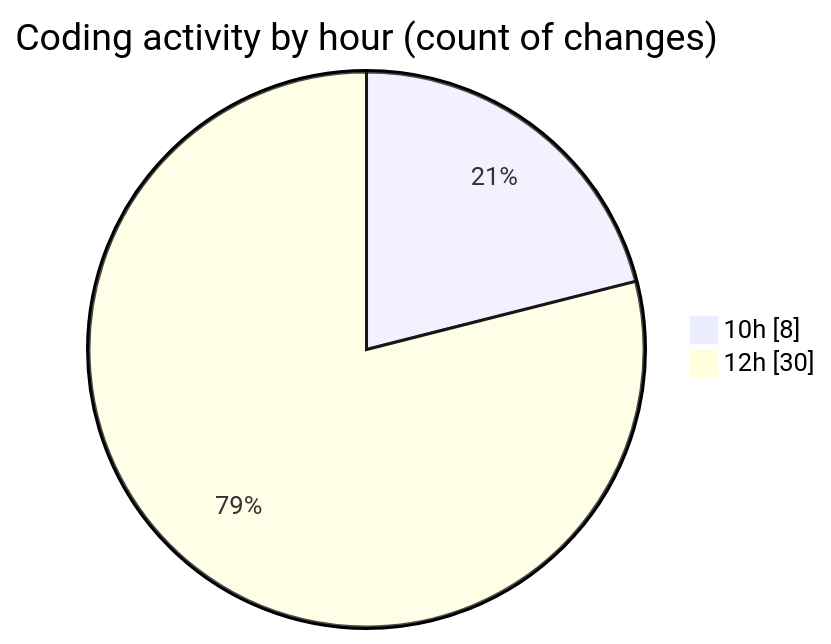
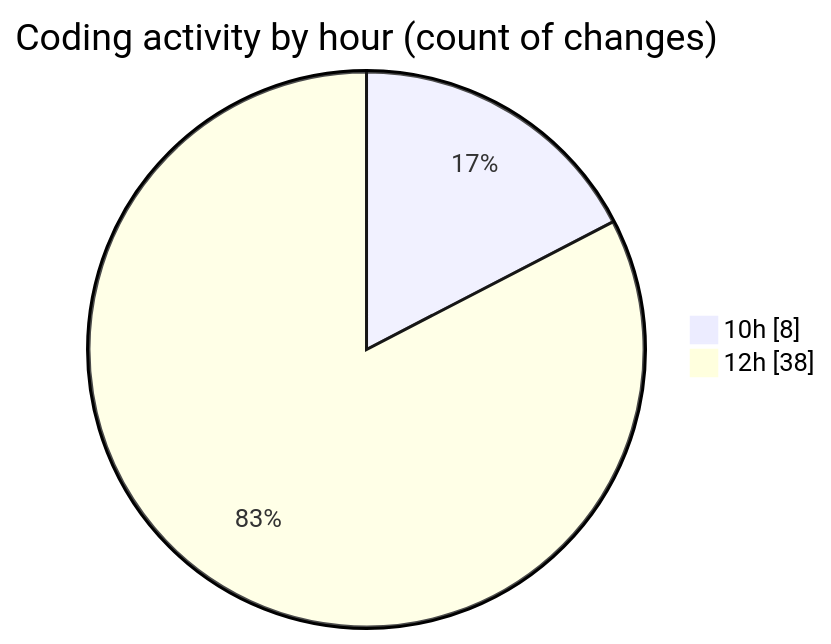
The second of 2 diagrams in 2025-05-02/cda/README.md (momahboobian/code-tracking), drawn with Mermaid before and after one commit. The commit also changed other lines of this file and 1 other file, not shown here.

````diff
--- a/2025-05-02/cda/README.md
+++ b/2025-05-02/cda/README.md
@@ -36,6 +36,6 @@
 ```mermaid
 pie showData
 title Coding activity by hour (count of changes)
 "10h" : 8
-"12h" : 30
+"12h" : 38
 ```
````
